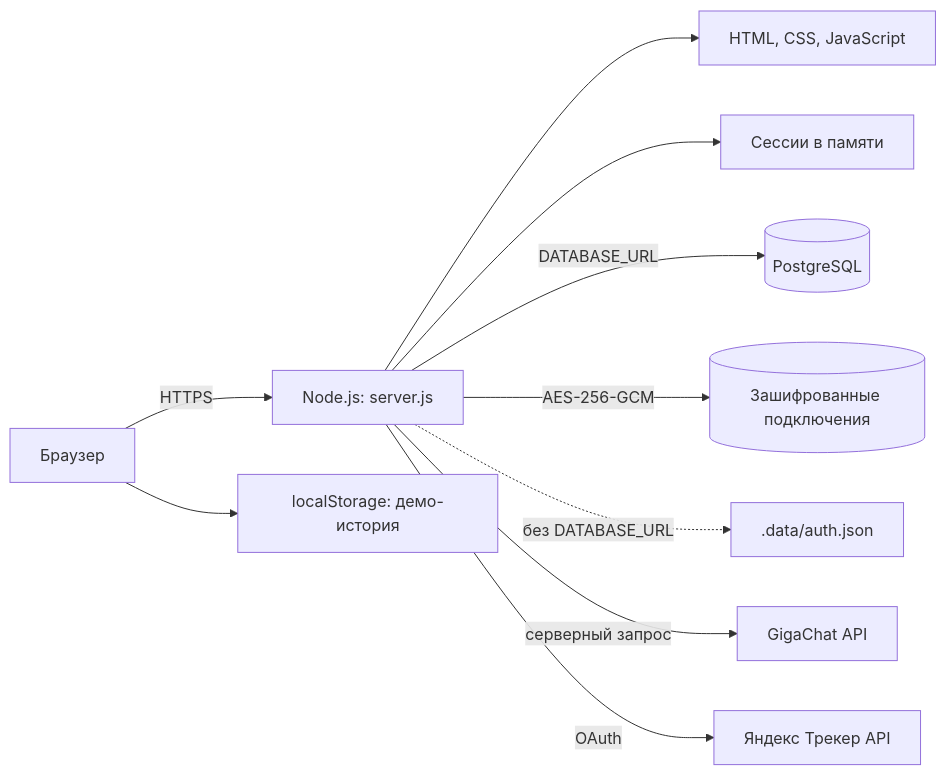
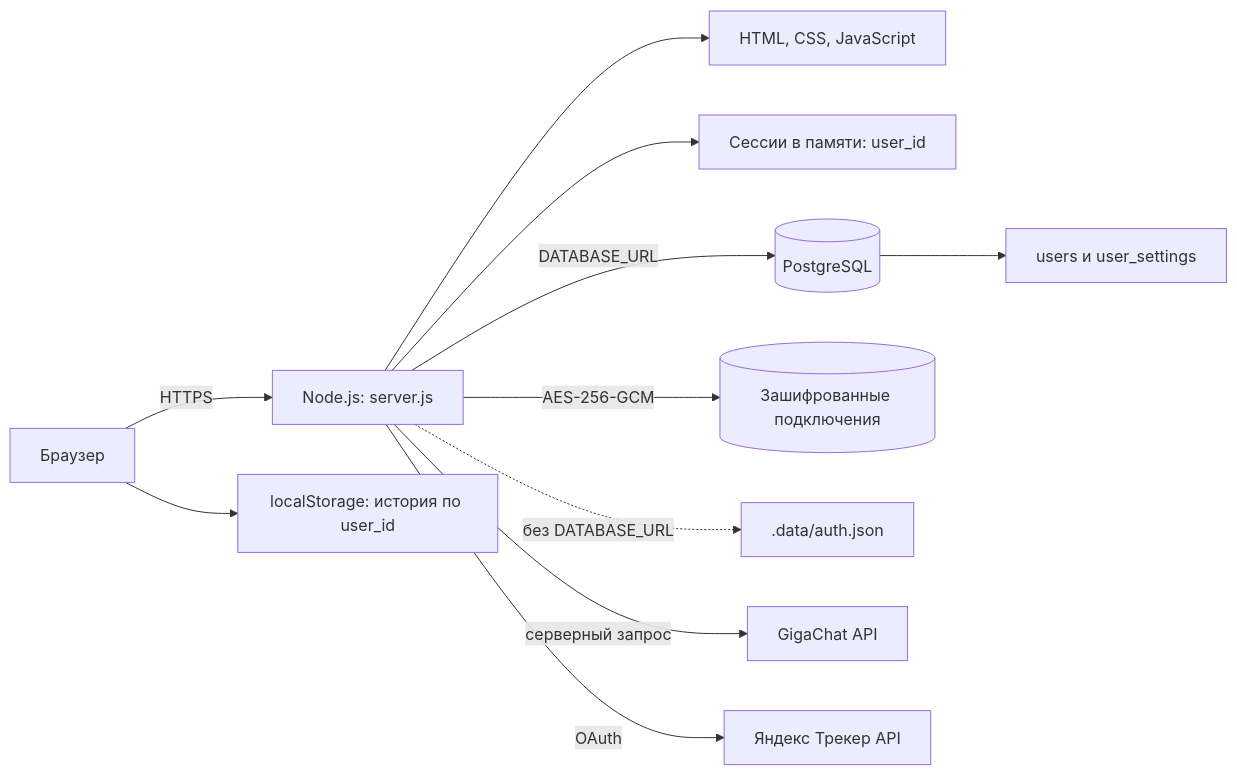
Before and after one commit to oh-ricardo/task-helper: the diagram in docs/architecture.md, drawn with Mermaid. The commit also changed other lines of this file and 9 other files, not shown here.

Commit message:
Add multi-user accounts and settings

````diff
--- a/docs/architecture.md
+++ b/docs/architecture.md
@@ -9,12 +9,13 @@
 ```mermaid
 flowchart LR
   Browser[Браузер] -->|HTTPS| App[Node.js: server.js]
   App --> Static[HTML, CSS, JavaScript]
-  App --> Session[Сессии в памяти]
+  App --> Session[Сессии в памяти: user_id]
   App -->|DATABASE_URL| Postgres[(PostgreSQL)]
+  Postgres --> Users[users и user_settings]
   App -->|AES-256-GCM| TrackerConnection[(Зашифрованные подключения)]
   App -. без DATABASE_URL .-> File[.data/auth.json]
   App -->|серверный запрос| GigaChat[GigaChat API]
   App -->|OAuth| Tracker[Яндекс Трекер API]
-  Browser --> LocalStorage[localStorage: демо-история]
+  Browser --> LocalStorage[localStorage: история по user_id]
 ```
````
